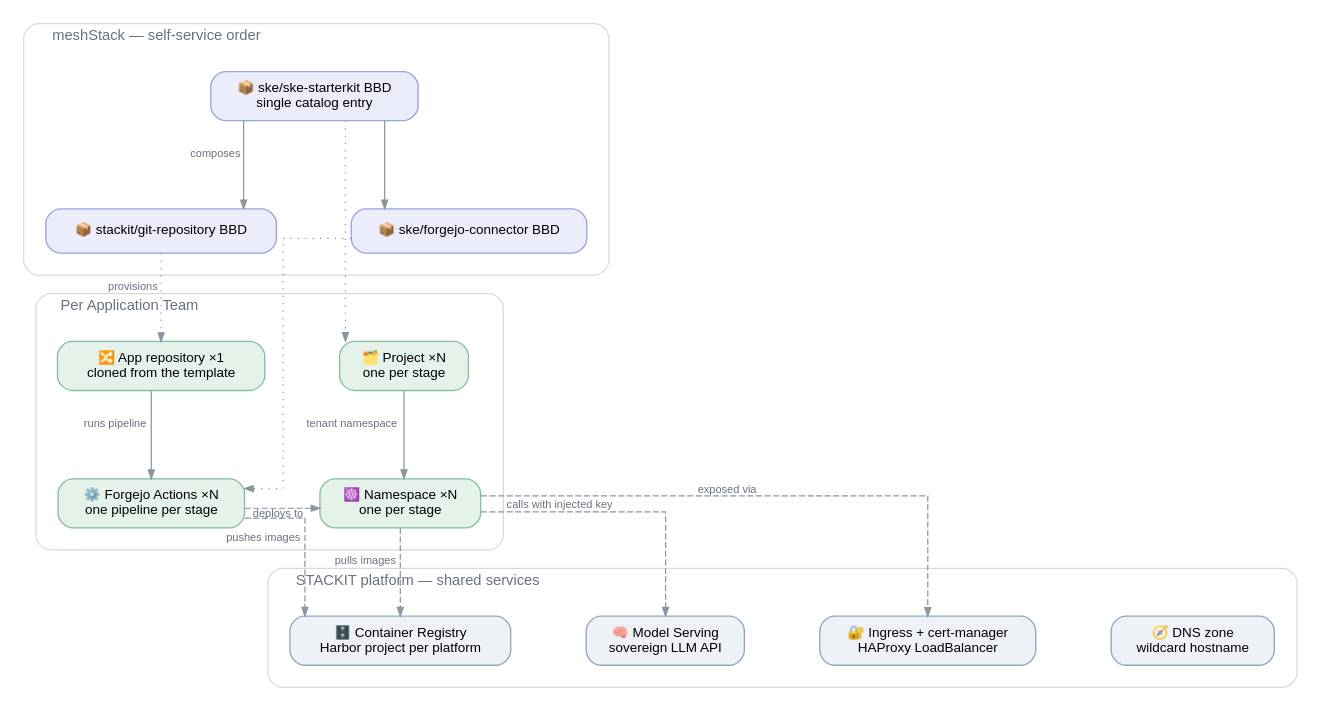
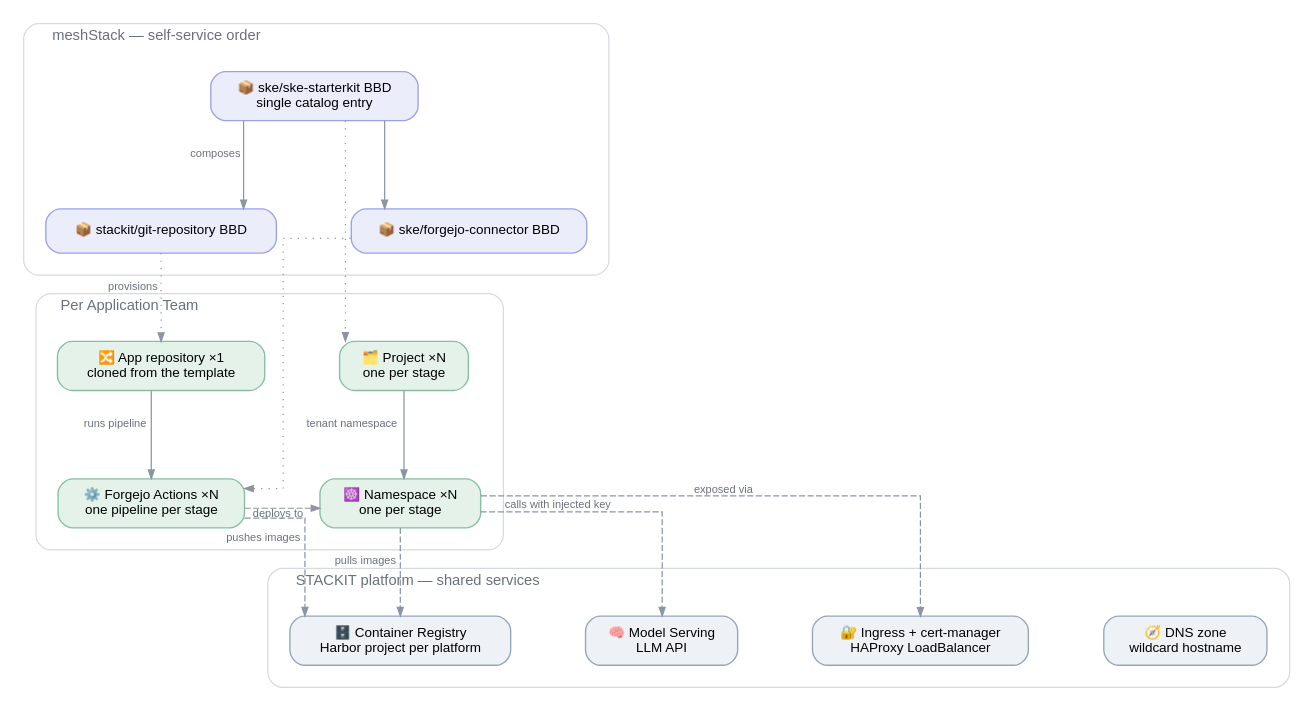
One commit to meshcloud/meshstack-hub changed the diagram in reference-architectures/stackit-kubernetes/stackit-kubernetes-app-team.dot. Above: the diagram before and after it, drawn with Graphviz. The commit also changed 41 other files, not shown here.

```diff
--- a/reference-architectures/stackit-kubernetes/stackit-kubernetes-app-team.dot
+++ b/reference-architectures/stackit-kubernetes/stackit-kubernetes-app-team.dot
@@ -1,84 +1,84 @@
 /*
  * STACKIT Kubernetes (SKE) reference architecture — application-team view.
  * Self-service on the platform the platform team bootstrapped (stackit-kubernetes.dot): one
  * starterkit order, and the runtime data flow of the resulting app across the shared STACKIT
  * services.
  * Conventions: .agents/references/diagrams.md — render with: task diagrams
  */
 digraph stackit_kubernetes_app_team {
   rankdir=TB
   splines=ortho
   forcelabels=true
   bgcolor="white"
   nodesep=0.85
   ranksep=1.0
 
   node [shape=box style="rounded,filled" fontname="Helvetica" fontsize=11
         fillcolor="#ffffff" color="#a2abb8" penwidth=1.1 margin="0.20,0.11"]
   edge [fontname="Helvetica" fontsize=9 fontcolor="#697180" color="#8b95a3" arrowsize=0.7]
 
   subgraph cluster_catalog {
     label="  meshStack — self-service order"
     labeljust=l
     fontname="Helvetica" fontsize=12 fontcolor="#697180"
     style="rounded" color="#d5dae0"
     margin=18
 
     BBD_S [label="📦 ske/ske-starterkit BBD\nsingle catalog entry" fillcolor="#ecedfb" color="#9aa2e6"]
     BBD_R [label="📦 stackit/git-repository BBD" fillcolor="#ecedfb" color="#9aa2e6"]
     BBD_C [label="📦 ske/forgejo-connector BBD" fillcolor="#ecedfb" color="#9aa2e6"]
 
     { rank=same; BBD_R -> BBD_C [style=invis] }
     BBD_S -> BBD_R [xlabel="composes"]
     BBD_S -> BBD_C
   }
 
   subgraph cluster_team {
     label="  Per Application Team"
     labeljust=l
     fontname="Helvetica" fontsize=12 fontcolor="#697180"
     style="rounded" color="#d5dae0"
     margin=18
 
     REPO [label="🔀 App repository ×1\ncloned from the template" fillcolor="#e5f2ea" color="#85bfa0"]
     PROJ [label="🗂️ Project ×N\none per stage" fillcolor="#e5f2ea" color="#85bfa0"]
     ACT  [label="⚙️ Forgejo Actions ×N\none pipeline per stage" fillcolor="#e5f2ea" color="#85bfa0"]
     NS   [label="☸️ Namespace ×N\none per stage" fillcolor="#e5f2ea" color="#85bfa0"]
 
     { rank=same; REPO -> PROJ [style=invis] }
     { rank=same; ACT -> NS [style=invis] }
 
     REPO -> ACT [xlabel="runs pipeline"]
     PROJ -> NS  [xlabel="tenant namespace"]
   }
 
   subgraph cluster_shared {
     label="  STACKIT platform — shared services"
     labeljust=l
     fontname="Helvetica" fontsize=12 fontcolor="#697180"
     style="rounded" color="#d5dae0"
     margin=18
 
     HARBOR [label="🗄️ Container Registry\nHarbor project per platform" fillcolor="#eef2f6" color="#93a7bb"]
-    MODEL  [label="🧠 Model Serving\nsovereign LLM API" fillcolor="#eef2f6" color="#93a7bb"]
+    MODEL  [label="🧠 Model Serving\nLLM API" fillcolor="#eef2f6" color="#93a7bb"]
     ING    [label="🔐 Ingress + cert-manager\nHAProxy LoadBalancer" fillcolor="#eef2f6" color="#93a7bb"]
     DNS    [label="🧭 DNS zone\nwildcard hostname" fillcolor="#eef2f6" color="#93a7bb"]
 
     { rank=same; HARBOR -> MODEL -> ING -> DNS [style=invis] }
   }
 
   // Ordering the starterkit is what creates the team's resources. BBD_R -> REPO keeps its ranking
   // constraint so the team cluster stacks below the catalog instead of beside it. Only this edge is
   // labelled — the other two are the same "provisions" relationship (diagrams.md: label one).
   BBD_R -> REPO [xlabel="provisions" style=dotted]
   BBD_S -> PROJ [style=dotted constraint=false]
   BBD_C -> ACT  [style=dotted constraint=false]
 
   // Runtime data flow of the deployed application. NS -> HARBOR keeps its constraint so the shared
   // services stack below the team; the rest are cross-cutting and must not distort the layout.
   NS  -> HARBOR [xlabel="pulls images" style=dashed]
   ACT -> HARBOR [xlabel="pushes images" style=dashed constraint=false]
   ACT -> NS     [xlabel="deploys to" style=dashed constraint=false]
   NS  -> MODEL  [xlabel="calls with injected key" style=dashed constraint=false]
   NS  -> ING    [xlabel="exposed via" style=dashed constraint=false]
 }
```
